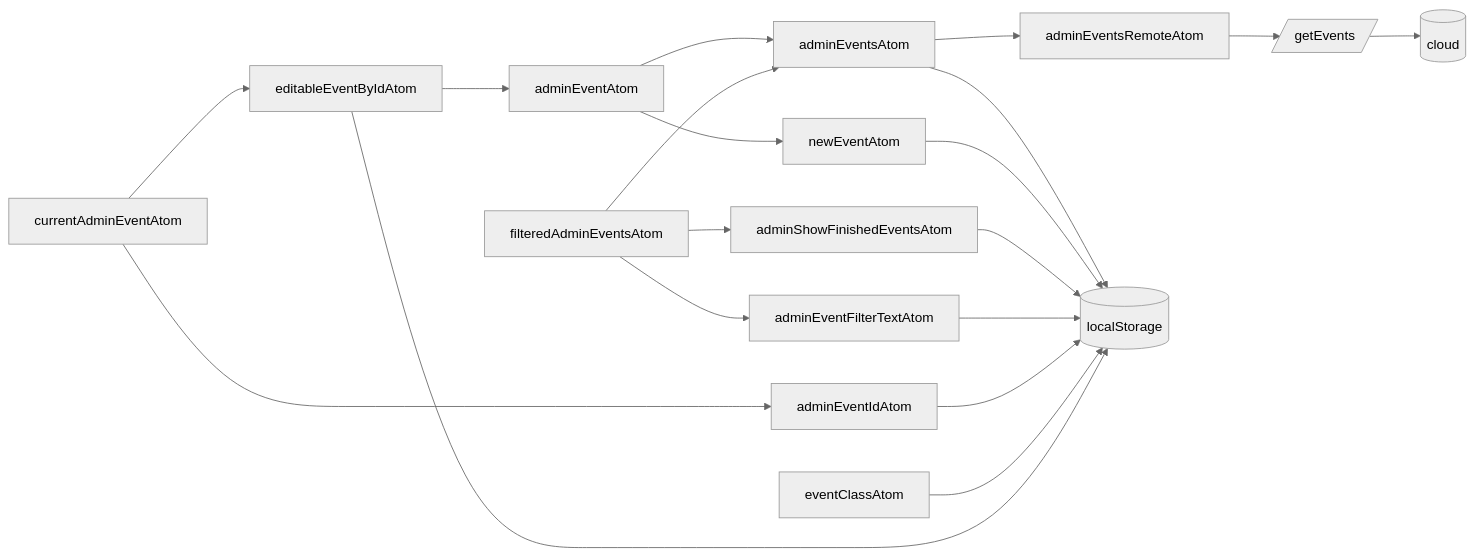
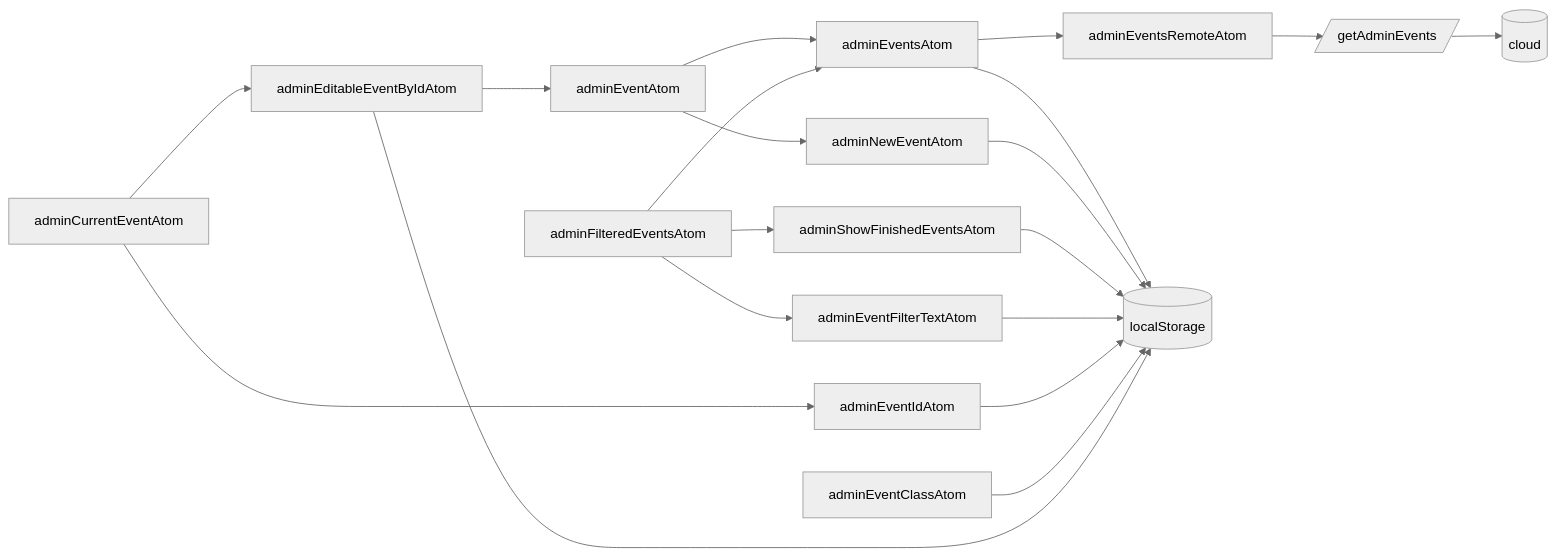
Before and after one commit to koekalenteri/koekalenteri: the first of 4 diagrams in src/pages/admin/state/README.md, drawn with Mermaid (neutral theme).

Commit message:
docs(admin): name the event atoms in the state graph as the code does (KOE-1667)
The Events graph in src/pages/admin/state/README.md named atoms by names
they no longer have: filteredAdminEventsAtom, newEventAtom, eventClassAtom,
editableEventByIdAtom, currentAdminEventAtom, and the getEvents fetch.
They are now adminFilteredEventsAtom, adminNewEventAtom, adminEventClassAtom,
adminEditableEventByIdAtom, adminCurrentEventAtom and getAdminEvents.

KOE-1667

Claude-Session: https://claude.ai/code/session_01Y8jba8dF3hxGNtAqsVpJTS

````diff
--- a/src/pages/admin/state/README.md
+++ b/src/pages/admin/state/README.md
@@ -36,27 +36,27 @@
 ```mermaid
 graph LR
   adminEventsAtom-->adminEventsRemoteAtom
   adminEventsAtom-->localStorage
-  newEventAtom-->localStorage
+  adminNewEventAtom-->localStorage
   adminShowFinishedEventsAtom-->localStorage
   adminEventFilterTextAtom-->localStorage
   adminEventIdAtom-->localStorage
-  eventClassAtom-->localStorage
-  editableEventByIdAtom-->localStorage
-  editableEventByIdAtom-->adminEventAtom
+  adminEventClassAtom-->localStorage
+  adminEditableEventByIdAtom-->localStorage
+  adminEditableEventByIdAtom-->adminEventAtom
 
   localStorage[(localStorage)]
-  adminEventsRemoteAtom-->getEvents[/getEvents/]-->aws
+  adminEventsRemoteAtom-->getAdminEvents[/getAdminEvents/]-->aws
 
-  adminEventAtom-->newEventAtom
+  adminEventAtom-->adminNewEventAtom
   adminEventAtom-->adminEventsAtom
 
-  currentAdminEventAtom-->editableEventByIdAtom
-  currentAdminEventAtom-->adminEventIdAtom
+  adminCurrentEventAtom-->adminEditableEventByIdAtom
+  adminCurrentEventAtom-->adminEventIdAtom
 
-  filteredAdminEventsAtom-->adminEventsAtom
-  filteredAdminEventsAtom-->adminEventFilterTextAtom
-  filteredAdminEventsAtom-->adminShowFinishedEventsAtom
+  adminFilteredEventsAtom-->adminEventsAtom
+  adminFilteredEventsAtom-->adminEventFilterTextAtom
+  adminFilteredEventsAtom-->adminShowFinishedEventsAtom
 
   aws[(cloud)]
 ```
````
